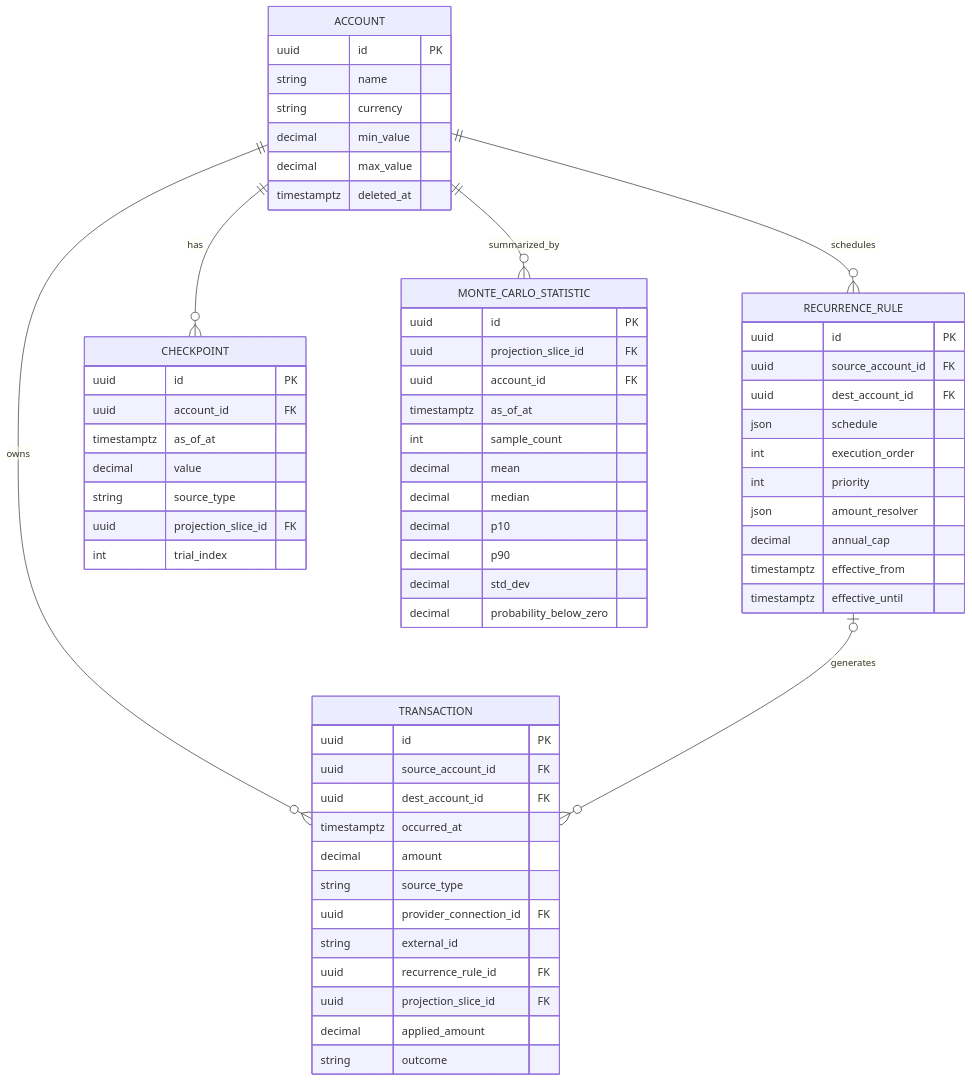
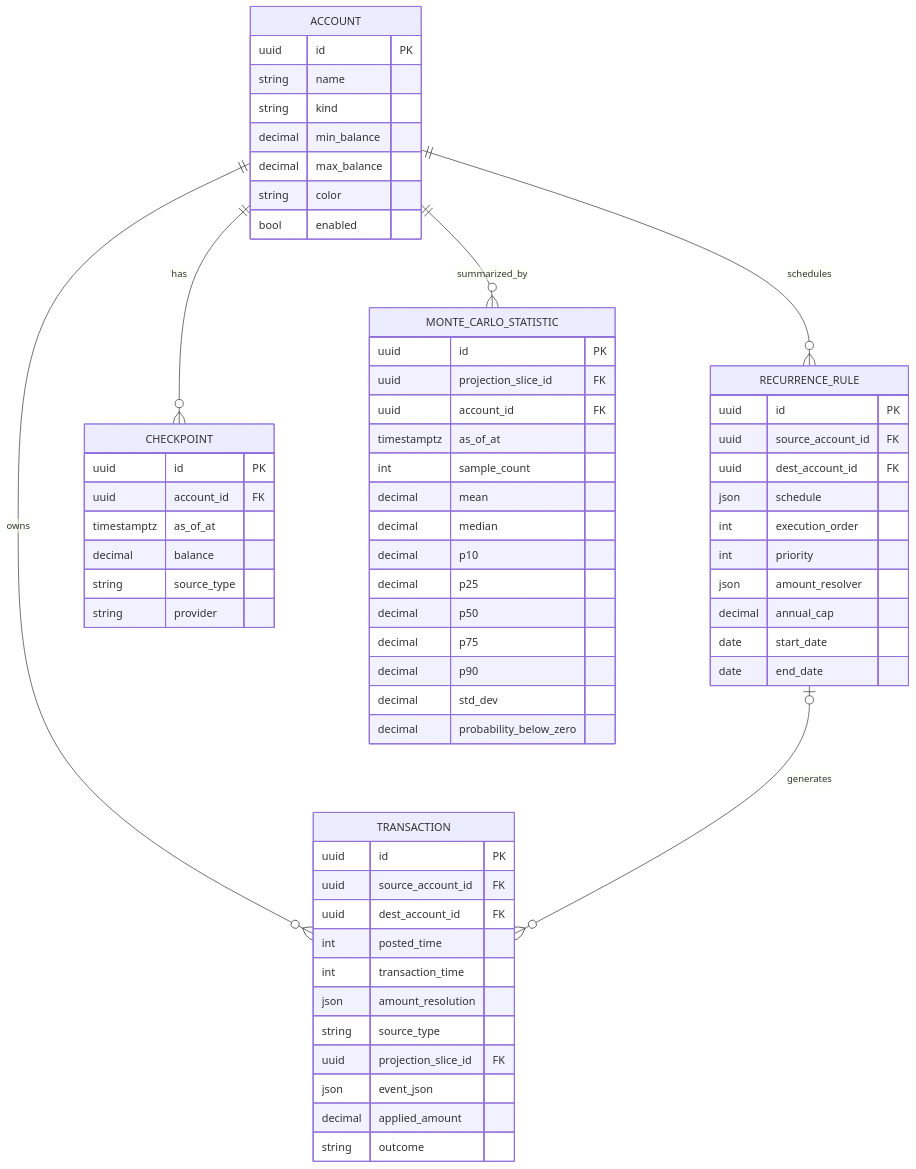
The second of 4 diagrams in docs/unified-projection.md (SimHoZebs/net-worth-estimator), drawn with Mermaid before and after one commit. The commit also changed other lines of this file and 67 other files, not shown here.

First line of the commit message:
docs(projection): unified architecture visuals and migration notes

````diff
--- a/docs/unified-projection.md
+++ b/docs/unified-projection.md
@@ -34,65 +51,67 @@
 ```mermaid
 erDiagram
     ACCOUNT ||--o{ TRANSACTION : owns
     ACCOUNT ||--o{ RECURRENCE_RULE : schedules
     ACCOUNT ||--o{ CHECKPOINT : has
     ACCOUNT ||--o{ MONTE_CARLO_STATISTIC : summarized_by
     RECURRENCE_RULE |o--o{ TRANSACTION : generates
 
     ACCOUNT {
         uuid id PK
         string name
-        string currency
-        decimal min_value
-        decimal max_value
-        timestamptz deleted_at
+        string kind
+        decimal min_balance
+        decimal max_balance
+        string color
+        bool enabled
     }
     TRANSACTION {
         uuid id PK
         uuid source_account_id FK
         uuid dest_account_id FK
-        timestamptz occurred_at
-        decimal amount
+        int posted_time
+        int transaction_time
+        json amount_resolution
         string source_type
-        uuid provider_connection_id FK
-        string external_id
-        uuid recurrence_rule_id FK
         uuid projection_slice_id FK
+        json event_json
         decimal applied_amount
         string outcome
     }
     RECURRENCE_RULE {
         uuid id PK
         uuid source_account_id FK
         uuid dest_account_id FK
         json schedule
         int execution_order
         int priority
         json amount_resolver
         decimal annual_cap
-        timestamptz effective_from
-        timestamptz effective_until
+        date start_date
+        date end_date
     }
     CHECKPOINT {
         uuid id PK
         uuid account_id FK
         timestamptz as_of_at
-        decimal value
+        decimal balance
         string source_type
-        uuid projection_slice_id FK
-        int trial_index
+        string provider
     }
     MONTE_CARLO_STATISTIC {
         uuid id PK
         uuid projection_slice_id FK
         uuid account_id FK
         timestamptz as_of_at
         int sample_count
         decimal mean
         decimal median
         decimal p10
+        decimal p25
+        decimal p50
+        decimal p75
         decimal p90
         decimal std_dev
         decimal probability_below_zero
     }
 ```
````
